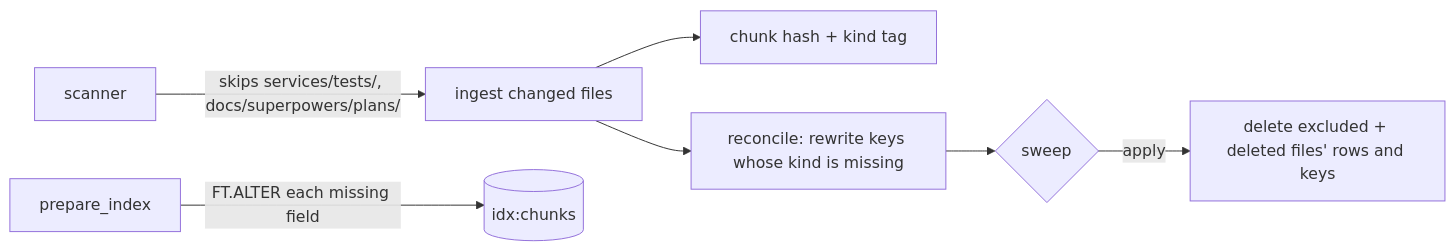
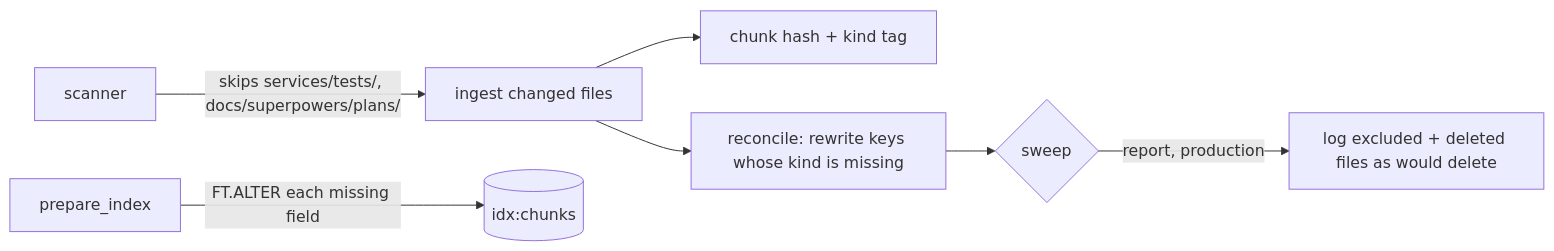
The diagram in project/status/2026-10-03-rag-p6-corpus-scope.md (hacka-tron/basel.engineering), drawn with Mermaid before and after one commit. The commit also changed other lines of this file and 2 other files, not shown here.

Commit message:
Keep the stale sweep in report mode: BACKLOG dry-run counts, status report, noise@8

````diff
--- a/project/status/2026-10-03-rag-p6-corpus-scope.md
+++ b/project/status/2026-10-03-rag-p6-corpus-scope.md
@@ -15,9 +15,9 @@
 ```mermaid
 flowchart LR
     S[scanner] -->|skips services/tests/, docs/superpowers/plans/| I[ingest changed files]
     I --> K[chunk hash + kind tag]
     P[prepare_index] -->|FT.ALTER each missing field| X[(idx:chunks)]
     I --> R[reconcile: rewrite keys whose kind is missing]
     R --> W{sweep}
-    W -->|apply| D[delete excluded + deleted files' rows and keys]
+    W -->|report, production| D[log excluded + deleted files as would delete]
 ```
````
